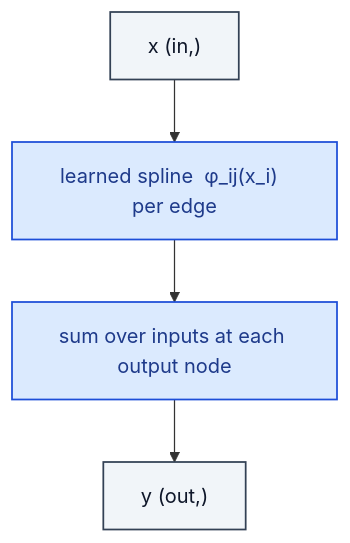
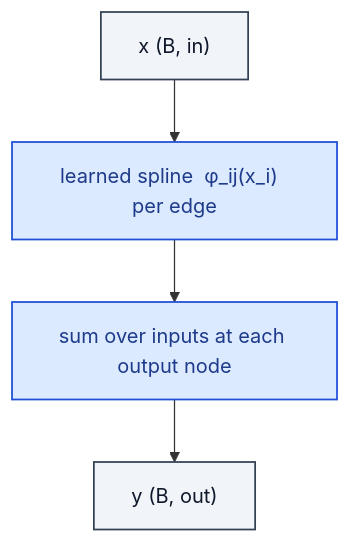
Before and after one commit to RealityShifts/Srivastava-book-of-Blocks-diagrams: the diagram in specialized/KANLayer.md, drawn with Mermaid. The commit also changed 123 other files, not shown here.

````diff
--- a/specialized/KANLayer.md
+++ b/specialized/KANLayer.md
@@ -7,19 +7,20 @@
 ```mermaid
 flowchart TD
-    n0_0["x  (in,)"]:::io
+    n0_0["x  (B, in)"]:::io
     n1_0["learned spline  φ_ij(x_i)  per edge"]:::op
     n2_0["sum over inputs at each output node"]:::op
-    n3_0["y  (out,)"]:::io
+    n3_0["y  (B, out)"]:::io
     n0_0 --> n1_0
     n1_0 --> n2_0
     n2_0 --> n3_0
     classDef io fill:#f1f5f9,stroke:#334155,stroke-width:1.4px,color:#0f172a
     classDef op fill:#dbeafe,stroke:#1d4ed8,stroke-width:1.4px,color:#1e3a8a
     classDef norm fill:#dcfce7,stroke:#15803d,stroke-width:1.4px,color:#14532d
     classDef act fill:#ffedd5,stroke:#c2410c,stroke-width:1.4px,color:#7c2d12
     classDef attn fill:#ede9fe,stroke:#6d28d9,stroke-width:1.4px,color:#4c1d95
     classDef merge fill:#fef3c7,stroke:#b45309,stroke-width:1.4px,color:#78350f
     classDef emb fill:#fef9c3,stroke:#a16207,stroke-width:1.4px,color:#713f12
     classDef loss fill:#fee2e2,stroke:#b91c1c,stroke-width:1.4px,color:#7f1d1d
     classDef ctrl fill:#f5f5f4,stroke:#52525b,stroke-width:1.4px,color:#27272a
+    classDef ref fill:#e0f2fe,stroke:#0369a1,stroke-width:2px,color:#0c4a6e,stroke-dasharray: 4 2
 ```
````
